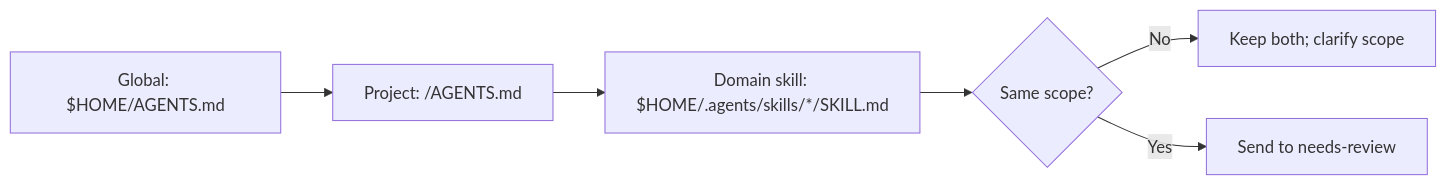
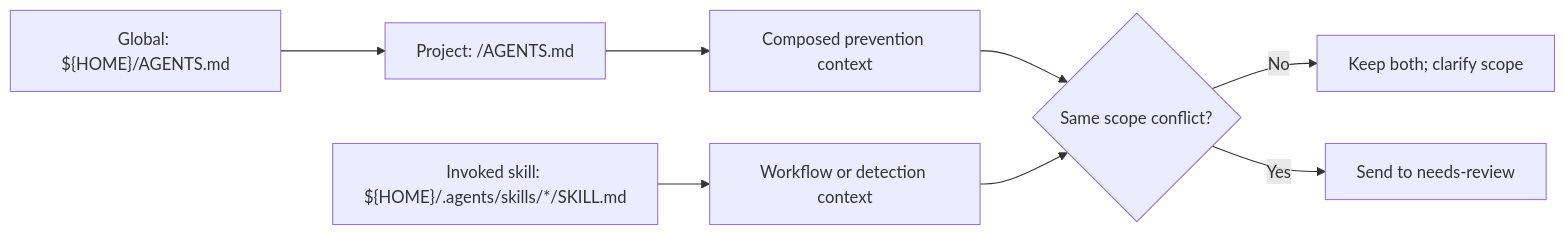
Before and after one commit to marcomc/agent-learning-system: the third of 6 diagrams in README.md, drawn with Mermaid. The commit also changed other lines of this file and 16 other files, not shown here.

````diff
--- a/README.md
+++ b/README.md
@@ -173,10 +261,12 @@
 ```mermaid
 flowchart LR
-  accTitle: Rule precedence when two rules disagree
-  accDescr: Shows which rule wins when guidance conflicts.
-  g["Global: $HOME/AGENTS.md"] --> p["Project: <repo>/AGENTS.md"]
-  p --> s["Domain skill: $HOME/.agents/skills/*/SKILL.md"]
-  s --> d{"Same scope?"}
-  d -->|No| keep["Keep both; clarify scope"]
-  d -->|Yes| review["Send to needs-review"]
+  accTitle: Instruction and skill context
+  accDescr: Shows always-loaded instructions separately from invoked skills.
+  global["Global: ${HOME}/AGENTS.md"] --> project["Project: <repo>/AGENTS.md"]
+  project --> composed["Composed prevention context"]
+  skill["Invoked skill: ${HOME}/.agents/skills/*/SKILL.md"] --> workflow["Workflow or detection context"]
+  composed --> decision{"Same scope conflict?"}
+  workflow --> decision
+  decision -->|No| keep["Keep both; clarify scope"]
+  decision -->|Yes| review["Send to needs-review"]
 ```
````
